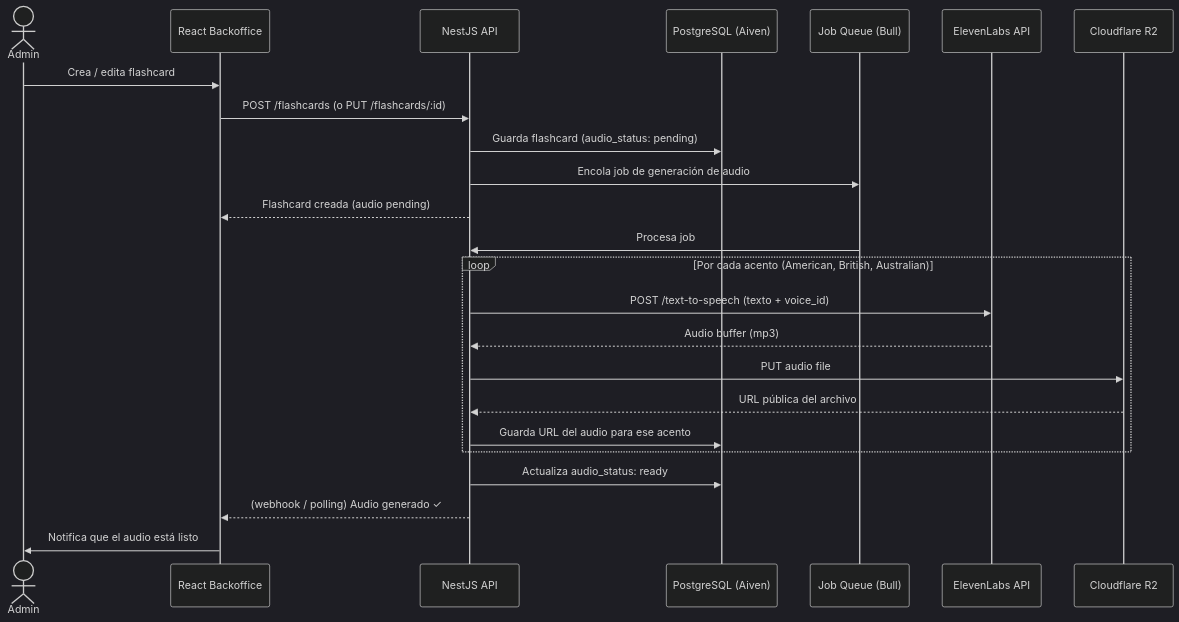
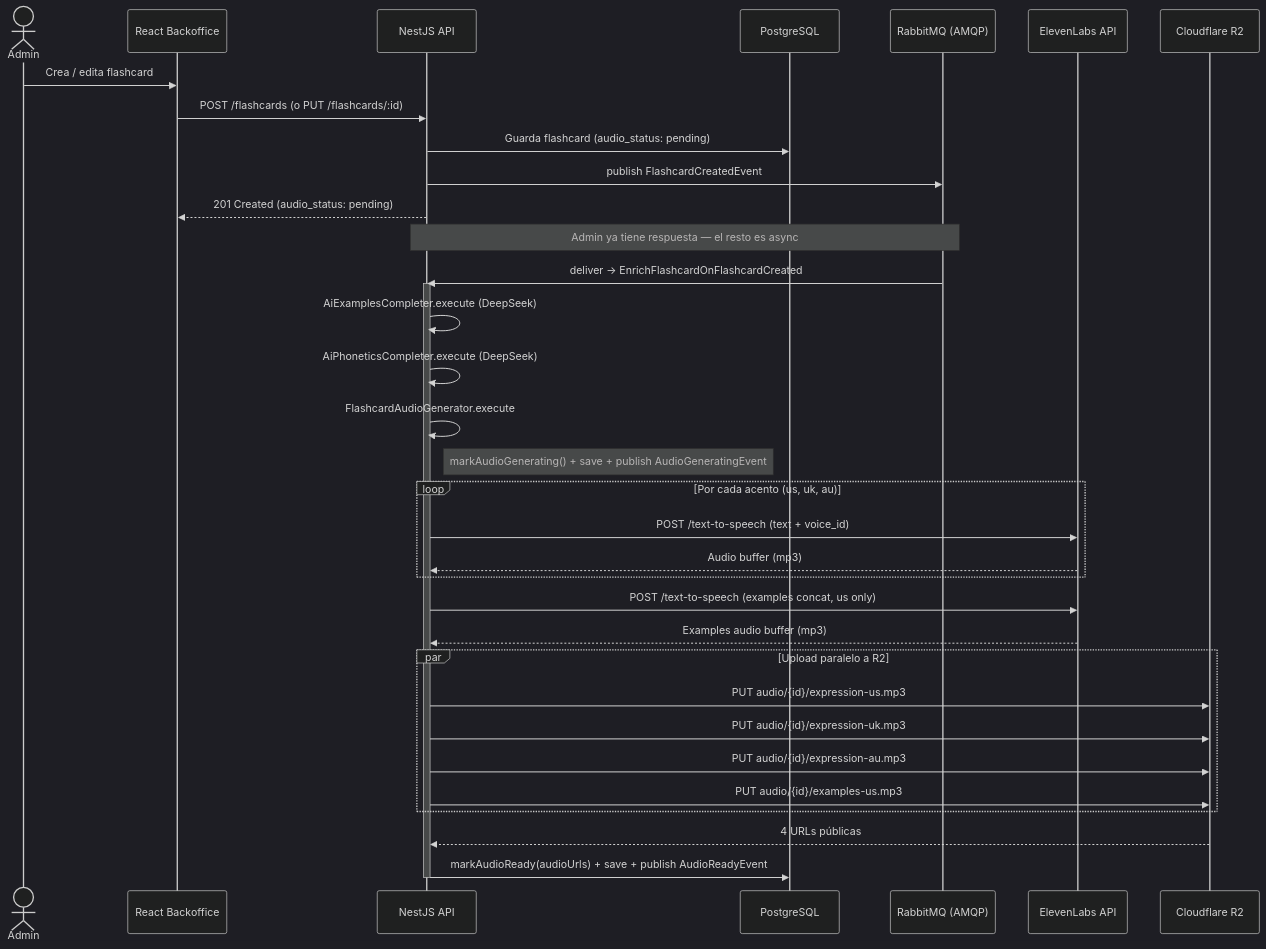
The diagram in docs/diagrams/audio-pipeline.md (AbrahamVilchesDeLaCruz/ididntcatchthat), drawn with Mermaid (dark theme) before and after one commit. The commit also changed other lines of this file and 2 other files, not shown here.

First paragraph of the commit message:
docs(diagrams): replace fictional diagrams with reality
Three diagrams in docs/diagrams/ claimed entities, endpoints, and
infrastructure that don't exist in the code. Replace with diagrams
grounded in the actual entities, migrations, controllers, and
subscribers.

````diff
--- a/docs/diagrams/audio-pipeline.md
+++ b/docs/diagrams/audio-pipeline.md
@@ -3,30 +5,45 @@
 ```mermaid
 sequenceDiagram
     actor Admin
     participant Backoffice as React Backoffice
     participant API as NestJS API
-    participant DB as PostgreSQL (Aiven)
-    participant Queue as Job Queue (Bull)
+    participant DB as PostgreSQL
+    participant Bus as RabbitMQ (AMQP)
     participant ElevenLabs as ElevenLabs API
     participant R2 as Cloudflare R2
 
     Admin->>Backoffice: Crea / edita flashcard
     Backoffice->>API: POST /flashcards (o PUT /flashcards/:id)
     API->>DB: Guarda flashcard (audio_status: pending)
-    API->>Queue: Encola job de generación de audio
-    API-->>Backoffice: Flashcard creada (audio pending)
+    API->>Bus: publish FlashcardCreatedEvent
+    API-->>Backoffice: 201 Created (audio_status: pending)
 
-    Queue->>API: Procesa job
+    Note over API,Bus: Admin ya tiene respuesta — el resto es async
 
-    loop Por cada acento (American, British, Australian)
-        API->>ElevenLabs: POST /text-to-speech (texto + voice_id)
+    Bus->>API: deliver → EnrichFlashcardOnFlashcardCreated
+    activate API
+    API->>API: AiExamplesCompleter.execute (DeepSeek)
+    API->>API: AiPhoneticsCompleter.execute (DeepSeek)
+
+    API->>API: FlashcardAudioGenerator.execute
+    Note right of API: markAudioGenerating() + save + publish AudioGeneratingEvent
+
+    loop Por cada acento (us, uk, au)
+        API->>ElevenLabs: POST /text-to-speech (text + voice_id)
         ElevenLabs-->>API: Audio buffer (mp3)
-        API->>R2: PUT audio file
-        R2-->>API: URL pública del archivo
-        API->>DB: Guarda URL del audio para ese acento
     end
 
-    API->>DB: Actualiza audio_status: ready
-    API-->>Backoffice: (webhook / polling) Audio generado ✓
-    Backoffice->>Admin: Notifica que el audio está listo
+    API->>ElevenLabs: POST /text-to-speech (examples concat, us only)
+    ElevenLabs-->>API: Examples audio buffer (mp3)
+
+    par Upload paralelo a R2
+        API->>R2: PUT audio/{id}/expression-us.mp3
+        API->>R2: PUT audio/{id}/expression-uk.mp3
+        API->>R2: PUT audio/{id}/expression-au.mp3
+        API->>R2: PUT audio/{id}/examples-us.mp3
+    end
+    R2-->>API: 4 URLs públicas
+
+    API->>DB: markAudioReady(audioUrls) + save + publish AudioReadyEvent
+    deactivate API
 ```
````
